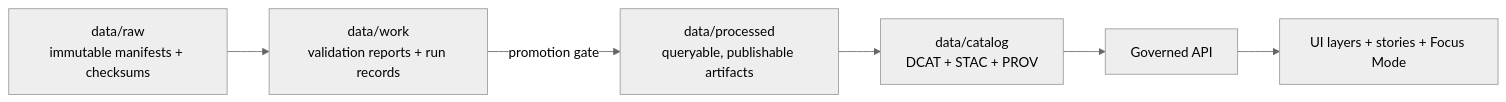
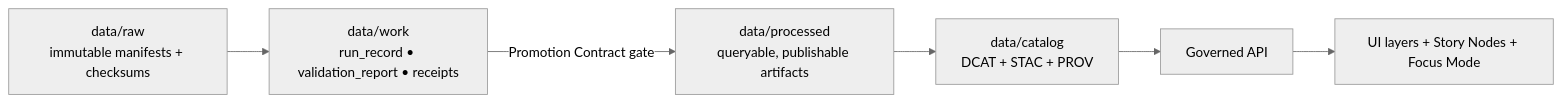
The fifth of 5 diagrams in README.md (bartytime4life/Kansas-Frontier-Matrix), drawn with Mermaid (neutral theme) before and after one commit. The commit also changed other lines of this file, not shown here.

````diff
--- a/README.md
+++ b/README.md
@@ -372,8 +559,8 @@
 ```mermaid
 flowchart LR
-  Raw[data/raw<br/>immutable manifests + checksums] --> Work[data/work<br/>validation reports + run records]
-  Work -->|promotion gate| Proc[data/processed<br/>queryable, publishable artifacts]
+  Raw[data/raw<br/>immutable manifests + checksums] --> Work[data/work<br/>run_record • validation_report • receipts]
+  Work -->|Promotion Contract gate| Proc[data/processed<br/>queryable, publishable artifacts]
   Proc --> Cat[data/catalog<br/>DCAT + STAC + PROV]
   Cat --> API[Governed API]
-  API --> UI[UI layers + stories + Focus Mode]
+  API --> UI[UI layers + Story Nodes + Focus Mode]
 ```
````
